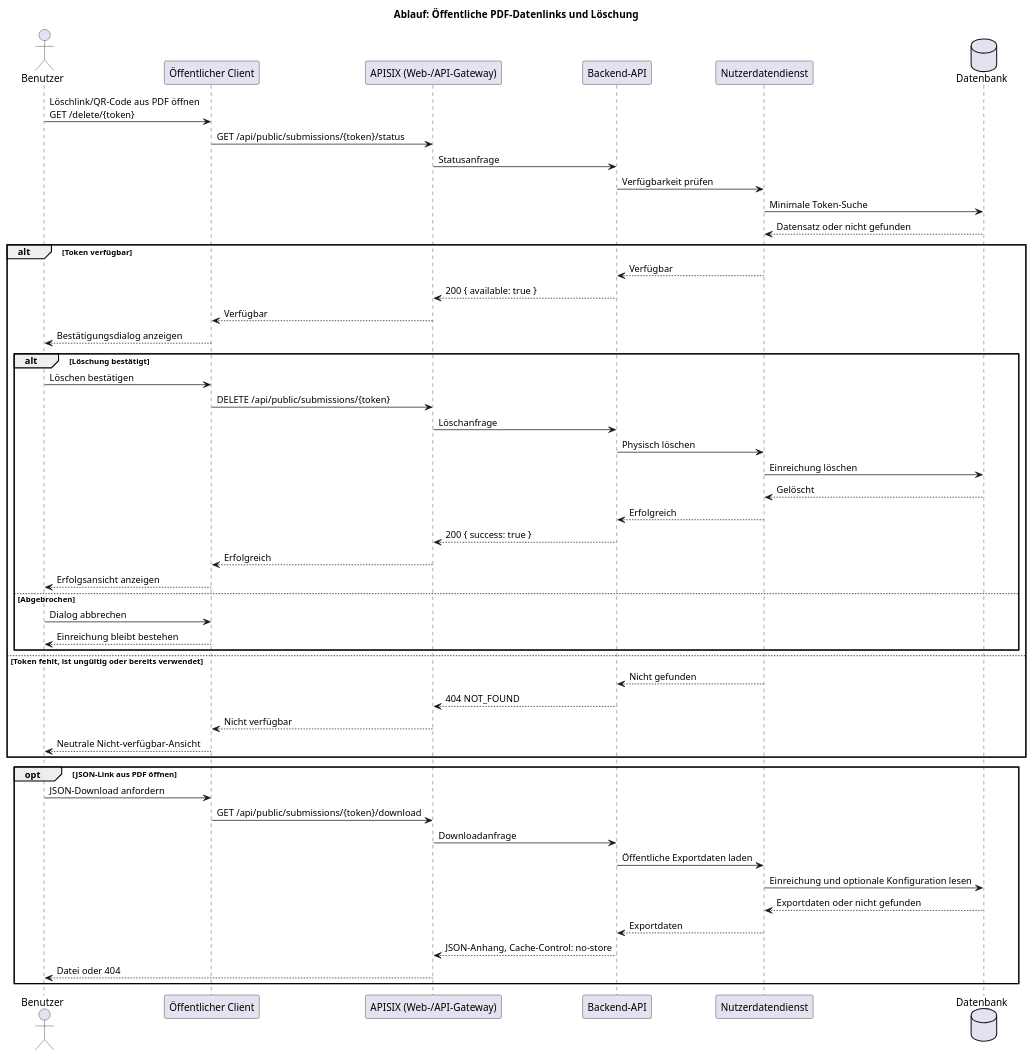
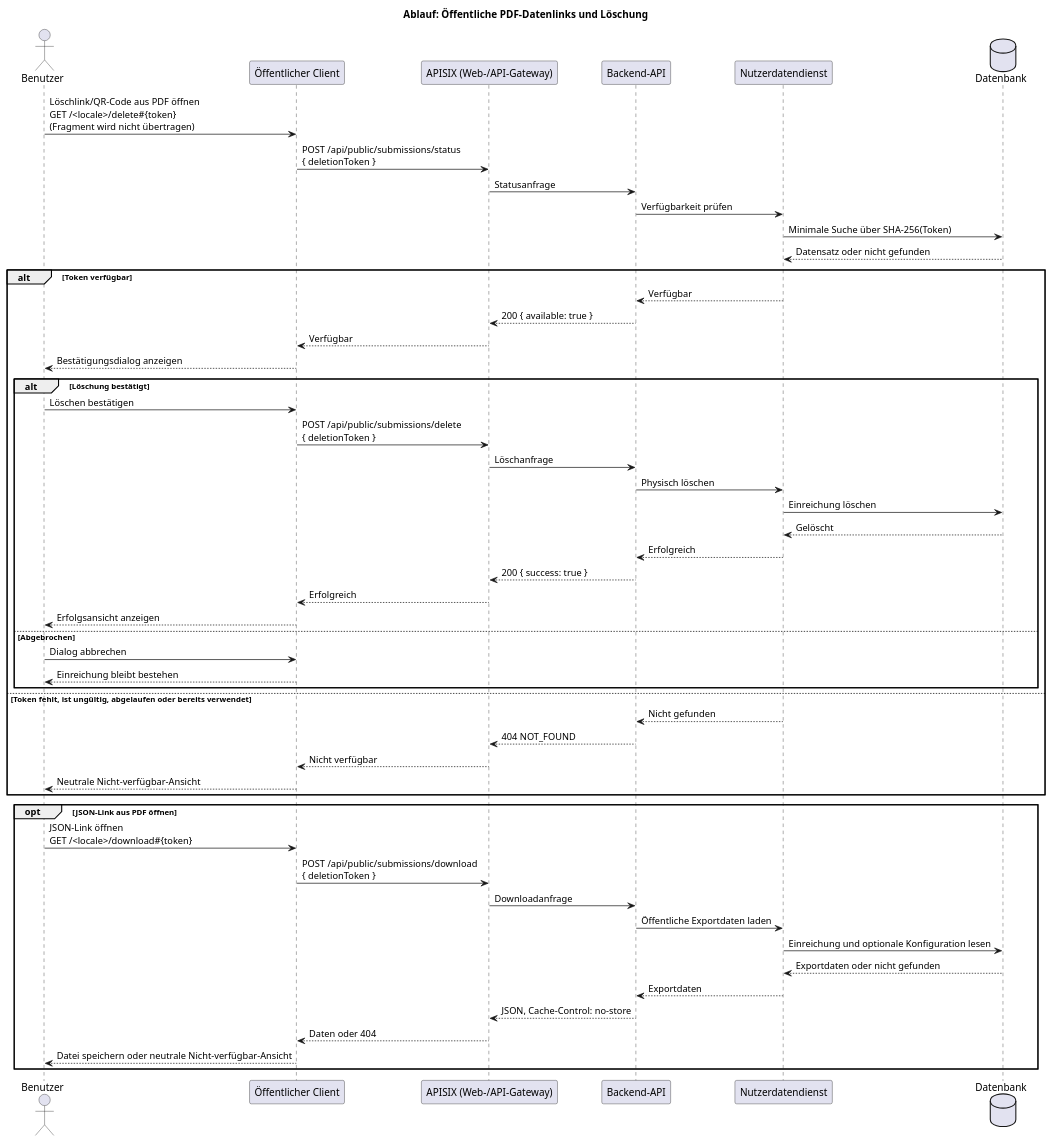
One commit to csi-FOXBYTE/Regensburg_DigitalerEnergieZwilling_MonoRepo changed the diagram in apps/backend/docs/architecture/raw/runtime-flow-delete.puml. Above: the diagram before and after it, drawn with PlantUML. The commit also changed 5 other files, not shown here.

Commit message:
docs: described the hashed deletion token and its body and fragment transport

```diff
--- a/apps/backend/docs/architecture/raw/runtime-flow-delete.puml
+++ b/apps/backend/docs/architecture/raw/runtime-flow-delete.puml
@@ -1,57 +1,58 @@
 @startuml
 title Ablauf: Öffentliche PDF-Datenlinks und Löschung
 
 actor Benutzer
 participant "Öffentlicher Client" as client
 participant "APISIX (Web-/API-Gateway)" as gateway
 participant "Backend-API" as api
 participant "Nutzerdatendienst" as uds
 database "Datenbank" as db
 
-Benutzer -> client : Löschlink/QR-Code aus PDF öffnen\nGET /delete/{token}
-client -> gateway : GET /api/public/submissions/{token}/status
+Benutzer -> client : Löschlink/QR-Code aus PDF öffnen\nGET /<locale>/delete#{token}\n(Fragment wird nicht übertragen)
+client -> gateway : POST /api/public/submissions/status\n{ deletionToken }
 gateway -> api : Statusanfrage
 api -> uds : Verfügbarkeit prüfen
-uds -> db : Minimale Token-Suche
+uds -> db : Minimale Suche über SHA-256(Token)
 db --> uds : Datensatz oder nicht gefunden
 
 alt Token verfügbar
   uds --> api : Verfügbar
   api --> gateway : 200 { available: true }
   gateway --> client : Verfügbar
   client --> Benutzer : Bestätigungsdialog anzeigen
   alt Löschung bestätigt
     Benutzer -> client : Löschen bestätigen
-    client -> gateway : DELETE /api/public/submissions/{token}
+    client -> gateway : POST /api/public/submissions/delete\n{ deletionToken }
     gateway -> api : Löschanfrage
     api -> uds : Physisch löschen
     uds -> db : Einreichung löschen
     db --> uds : Gelöscht
     uds --> api : Erfolgreich
     api --> gateway : 200 { success: true }
     gateway --> client : Erfolgreich
     client --> Benutzer : Erfolgsansicht anzeigen
   else Abgebrochen
     Benutzer -> client : Dialog abbrechen
     client --> Benutzer : Einreichung bleibt bestehen
   end
-else Token fehlt, ist ungültig oder bereits verwendet
+else Token fehlt, ist ungültig, abgelaufen oder bereits verwendet
   uds --> api : Nicht gefunden
   api --> gateway : 404 NOT_FOUND
   gateway --> client : Nicht verfügbar
   client --> Benutzer : Neutrale Nicht-verfügbar-Ansicht
 end
 
 opt JSON-Link aus PDF öffnen
-  Benutzer -> client : JSON-Download anfordern
-  client -> gateway : GET /api/public/submissions/{token}/download
+  Benutzer -> client : JSON-Link öffnen\nGET /<locale>/download#{token}
+  client -> gateway : POST /api/public/submissions/download\n{ deletionToken }
   gateway -> api : Downloadanfrage
   api -> uds : Öffentliche Exportdaten laden
   uds -> db : Einreichung und optionale Konfiguration lesen
   db --> uds : Exportdaten oder nicht gefunden
   uds --> api : Exportdaten
-  api --> gateway : JSON-Anhang, Cache-Control: no-store
-  gateway --> Benutzer : Datei oder 404
+  api --> gateway : JSON, Cache-Control: no-store
+  gateway --> client : Daten oder 404
+  client --> Benutzer : Datei speichern oder neutrale Nicht-verfügbar-Ansicht
 end
 
 @enduml
```
